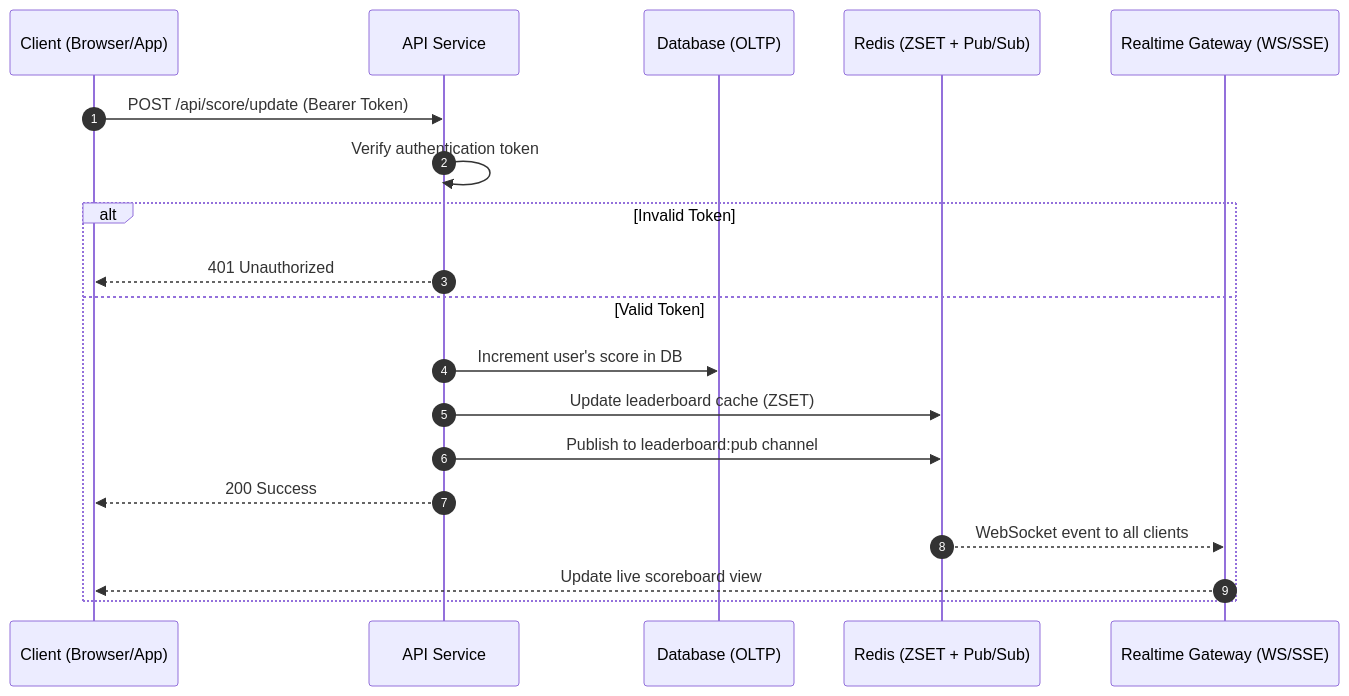
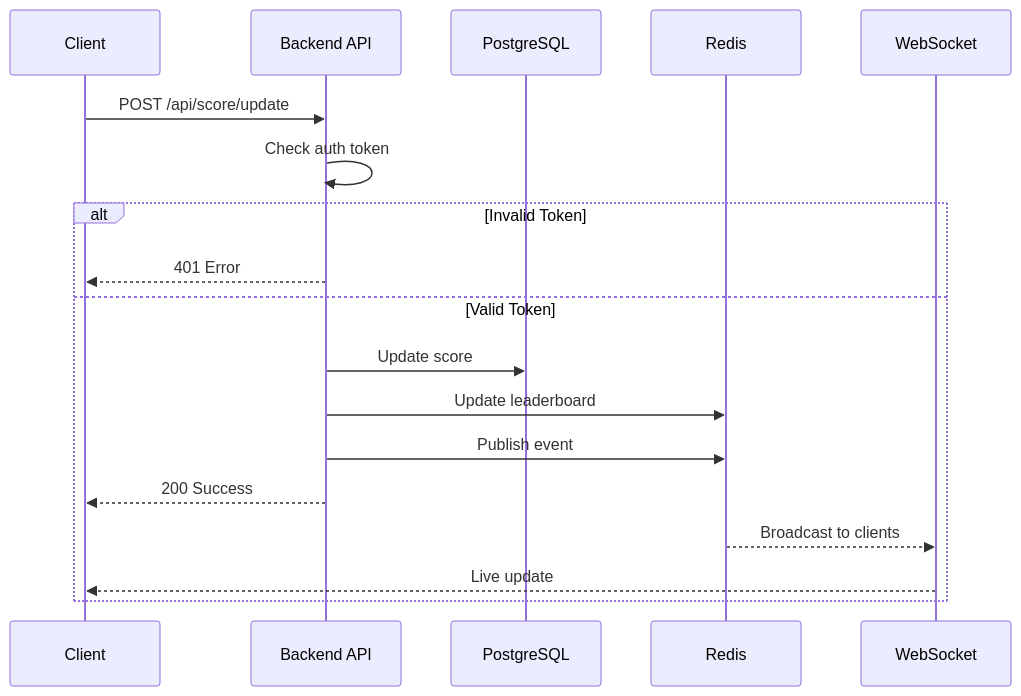
One commit to SnowAceAlex/BuiCongVinh-99tech-test changed the diagram in Problem 6 - Architecture/README.md. Above: the diagram before and after it, drawn with Mermaid. The commit also changed other lines of this file, not shown here.

Commit message:
Revise README.md to clarify the architecture and requirements of the Live Scoreboard API, including detailed system components, API endpoints, and security measures. Streamline content for better readability and understanding of the backend architecture.

````diff
--- a/Problem 6 - Architecture/README.md
+++ b/Problem 6 - Architecture/README.md
@@ -203,22 +189,22 @@
 ```mermaid
 sequenceDiagram
-  autonumber
-  participant C as Client (Browser/App)
-  participant A as API Service
-  participant D as Database (OLTP)
-  participant R as Redis (ZSET + Pub/Sub)
-  participant G as Realtime Gateway (WS/SSE)
+    participant C as Client
+    participant API as Backend API
+    participant DB as PostgreSQL
+    participant Redis
+    participant WS as WebSocket
 
-  C->>A: POST /api/score/update (Bearer Token)
-  A->>A: Verify authentication token
-  alt Invalid Token
-    A-->>C: 401 Unauthorized
-  else Valid Token
-    A->>D: Increment user's score in DB
-    A->>R: Update leaderboard cache (ZSET)
-    A->>R: Publish to leaderboard:pub channel
-    A-->>C: 200 Success
-    R-->>G: WebSocket event to all clients
-    G-->>C: Update live scoreboard view
-  end
+    C->>API: POST /api/score/update
+    API->>API: Check auth token
+
+    alt Invalid Token
+        API-->>C: 401 Error
+    else Valid Token
+        API->>DB: Update score
+        API->>Redis: Update leaderboard
+        API->>Redis: Publish event
+        API-->>C: 200 Success
+        Redis-->>WS: Broadcast to clients
+        WS-->>C: Live update
+    end
 ```
````
